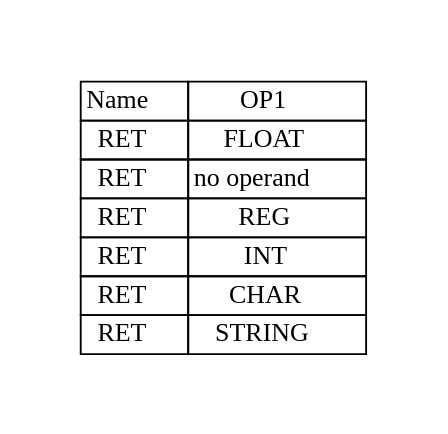
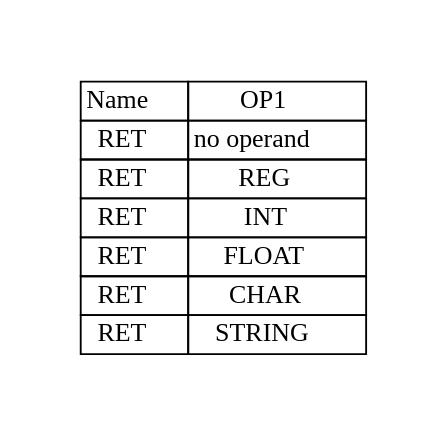
One commit to adesutherland/CREXX changed the diagram in docs/books/crexx_vm_spec/svg/ret.gv. Above: the diagram before and after it, drawn with Graphviz. The commit also changed other lines of this file and 103 other files, not shown here.

```diff
--- a/docs/books/crexx_vm_spec/svg/ret.gv
+++ b/docs/books/crexx_vm_spec/svg/ret.gv
@@ -1,14 +1,14 @@
 digraph{
 graph [pad="0.5", nodesep="0.5", ranksep="2" ]
 node [shape=plain]
 Foo [label=<
 <table border="0" cellborder="1" cellspacing="0">
 <tr><td> Name </td> <td> OP1 </td> </tr>
-<tr><td> RET </td><td> FLOAT </td> </tr>
 <tr><td> RET </td><td> no operand </td> </tr>
 <tr><td> RET </td><td> REG </td> </tr>
 <tr><td> RET </td><td> INT </td> </tr>
+<tr><td> RET </td><td> FLOAT </td> </tr>
 <tr><td> RET </td><td> CHAR </td> </tr>
 <tr><td> RET </td><td> STRING </td> </tr>
 </table>>];
 }
```
